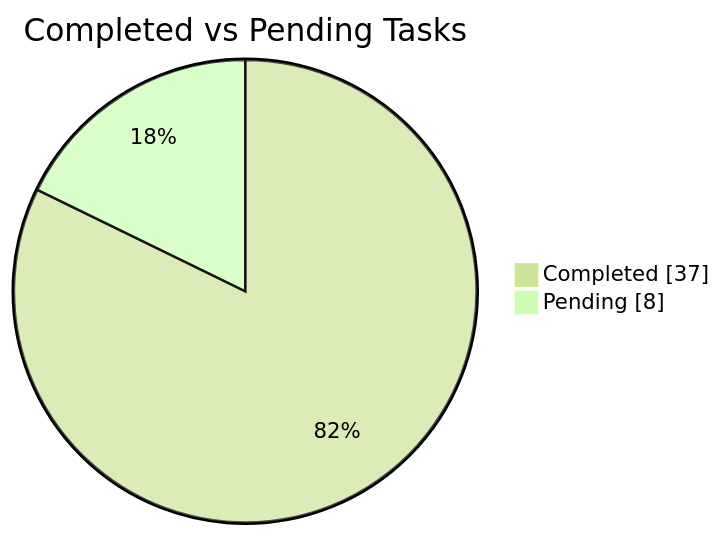
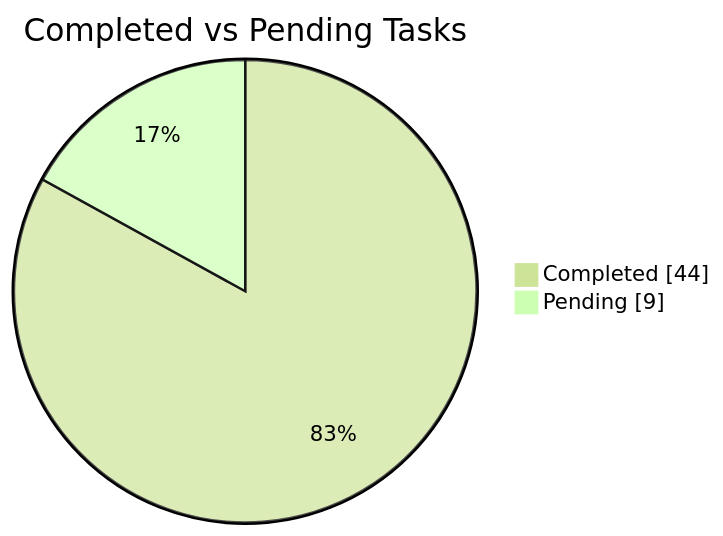
One commit to Realityspeaker/My-Work-Diary changed the second of 3 diagrams in Global_Summary.md. Above: the diagram before and after it, drawn with Mermaid (forest theme). The commit also changed other lines of this file, not shown here.

````diff
--- a/Global_Summary.md
+++ b/Global_Summary.md
@@ -40,6 +40,6 @@
 ```mermaid
 pie showData
     title Completed vs Pending Tasks
-    "Completed" : 37
-    "Pending" : 8
+    "Completed" : 44
+    "Pending" : 9
 ```
````
